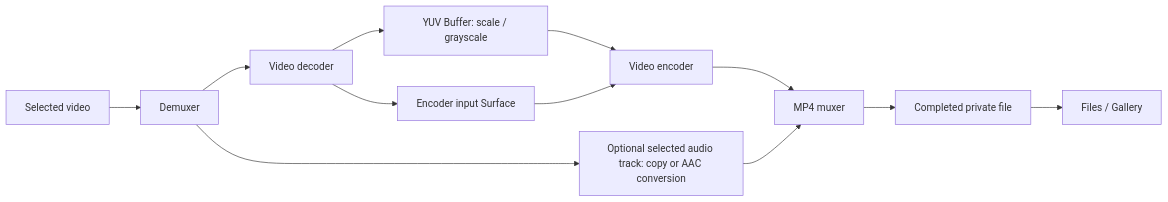
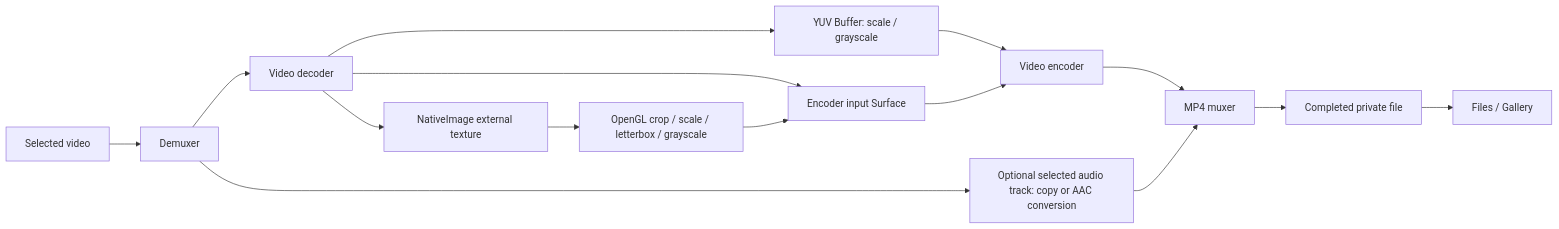
Before and after one commit to eclipse-oniro-mirrors/applications_app_samples: the diagram in code/DocsSample/Media/AVCodec/AVCodec/README.md, drawn with Mermaid. The commit also changed other lines of this file and 51 other files, not shown here.

````diff
--- a/code/DocsSample/Media/AVCodec/AVCodec/README.md
+++ b/code/DocsSample/Media/AVCodec/AVCodec/README.md
@@ -210,14 +213,17 @@
 ```mermaid
 flowchart LR
   Source[Selected video] --> Demux[Demuxer]
   Demux --> Decoder[Video decoder]
   Decoder --> Buffer[YUV Buffer: scale / grayscale]
   Buffer --> Encoder[Video encoder]
   Decoder --> Surface[Encoder input Surface]
   Surface --> Encoder
+  Decoder --> Image[NativeImage external texture]
+  Image --> GPU[OpenGL crop / scale / letterbox / grayscale]
+  GPU --> Surface
   Encoder --> Mux[MP4 muxer]
   Demux --> Audio[Optional selected audio track: copy or AAC conversion]
   Audio --> Mux
   Mux --> Result[Completed private file]
   Result --> Export[Files / Gallery]
 ```
````
